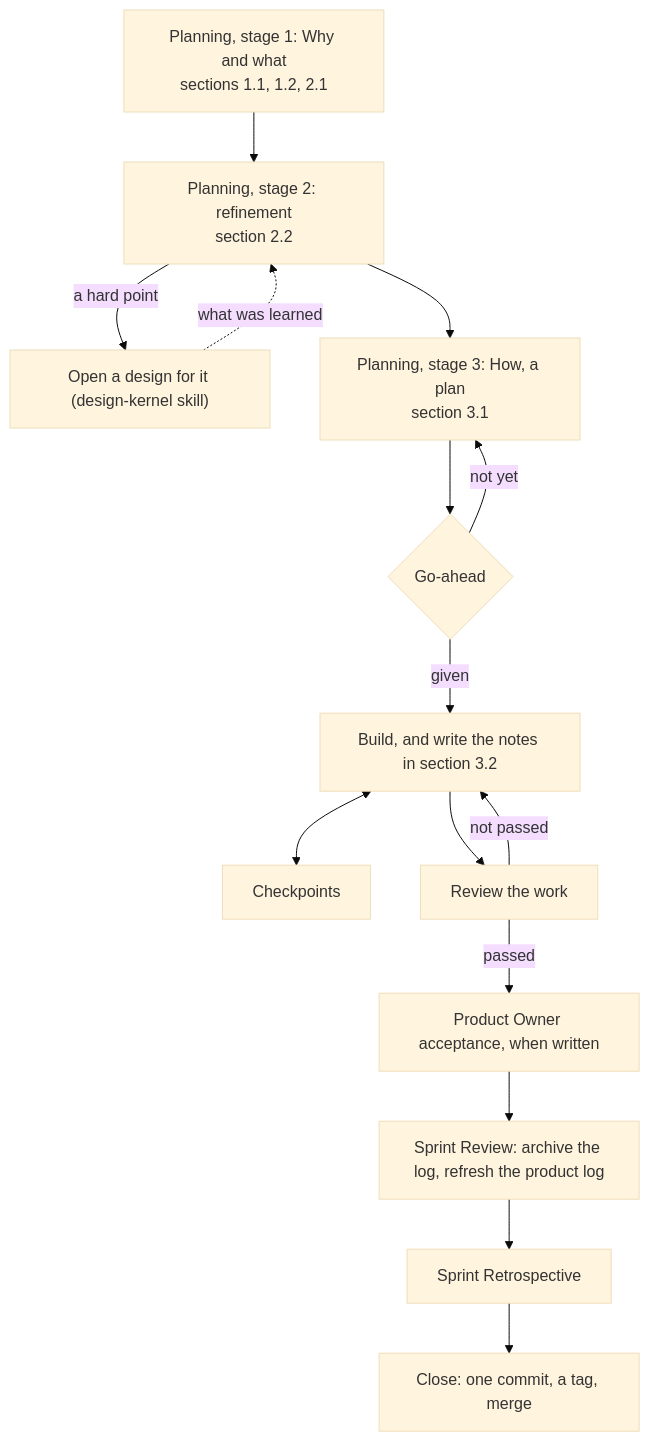
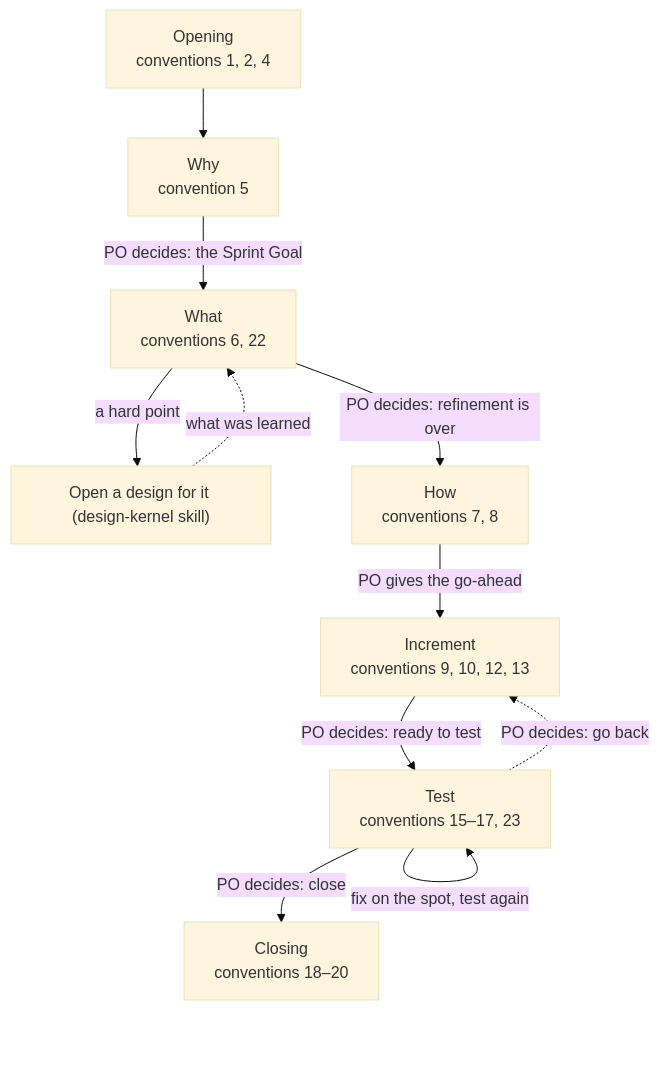
Before and after one commit to seapawn1/IDEO-Scrum: the diagram in plugins/ideo-scrum/skills/scrum-kernel/conventions/sprint-log.md, drawn with Mermaid (base theme). The commit also changed other lines of this file and 3 other files, not shown here.

First line of the commit message:
feat(PBI-49): scrum 这边的修订稿——overview、product-log、sprint-log、分工一节（条号还没重排）

````diff
--- a/plugins/ideo-scrum/skills/scrum-kernel/conventions/sprint-log.md
+++ b/plugins/ideo-scrum/skills/scrum-kernel/conventions/sprint-log.md
@@ -10,17 +10,13 @@
 ```mermaid
 flowchart TD
-    S1["Planning, stage 1: Why and what<br/>sections 1.1, 1.2, 2.1"] --> S2["Planning, stage 2: refinement<br/>section 2.2"]
-    S2 -- "a hard point" --> D["Open a design for it (design-kernel skill)"]
-    D -. "what was learned" .-> S2
-    S2 --> S3["Planning, stage 3: How, a plan<br/>section 3.1"]
-    S3 --> G{"Go-ahead"}
-    G -- "not yet" --> S3
-    G -- "given" --> B["Build, and write the notes in section 3.2"]
-    B <--> K["Checkpoints"]
-    B --> R["Review the work"]
-    R -- "not passed" --> B
-    R -- "passed" --> A["Product Owner acceptance, when written"]
-    A --> V["Sprint Review: archive the log, refresh the product log"]
-    V --> T["Sprint Retrospective"]
-    T --> C["Close: one commit, a tag, merge"]
+    A["Opening<br/>conventions 1, 2, 4"] --> W["Why<br/>convention 5"]
+    W -- "PO decides: the Sprint Goal" --> H["What<br/>conventions 6, 22"]
+    H -- "a hard point" --> D["Open a design for it (design-kernel skill)"]
+    D -. "what was learned" .-> H
+    H -- "PO decides: refinement is over" --> P["How<br/>conventions 7, 8"]
+    P -- "PO gives the go-ahead" --> I["Increment<br/>conventions 9, 10, 12, 13"]
+    I -- "PO decides: ready to test" --> T["Test<br/>conventions 15–17, 23"]
+    T -- "fix on the spot, test again" --> T
+    T -- "PO decides: close" --> C["Closing<br/>conventions 18–20"]
+    T -. "PO decides: go back" .-> I
 ```
````
